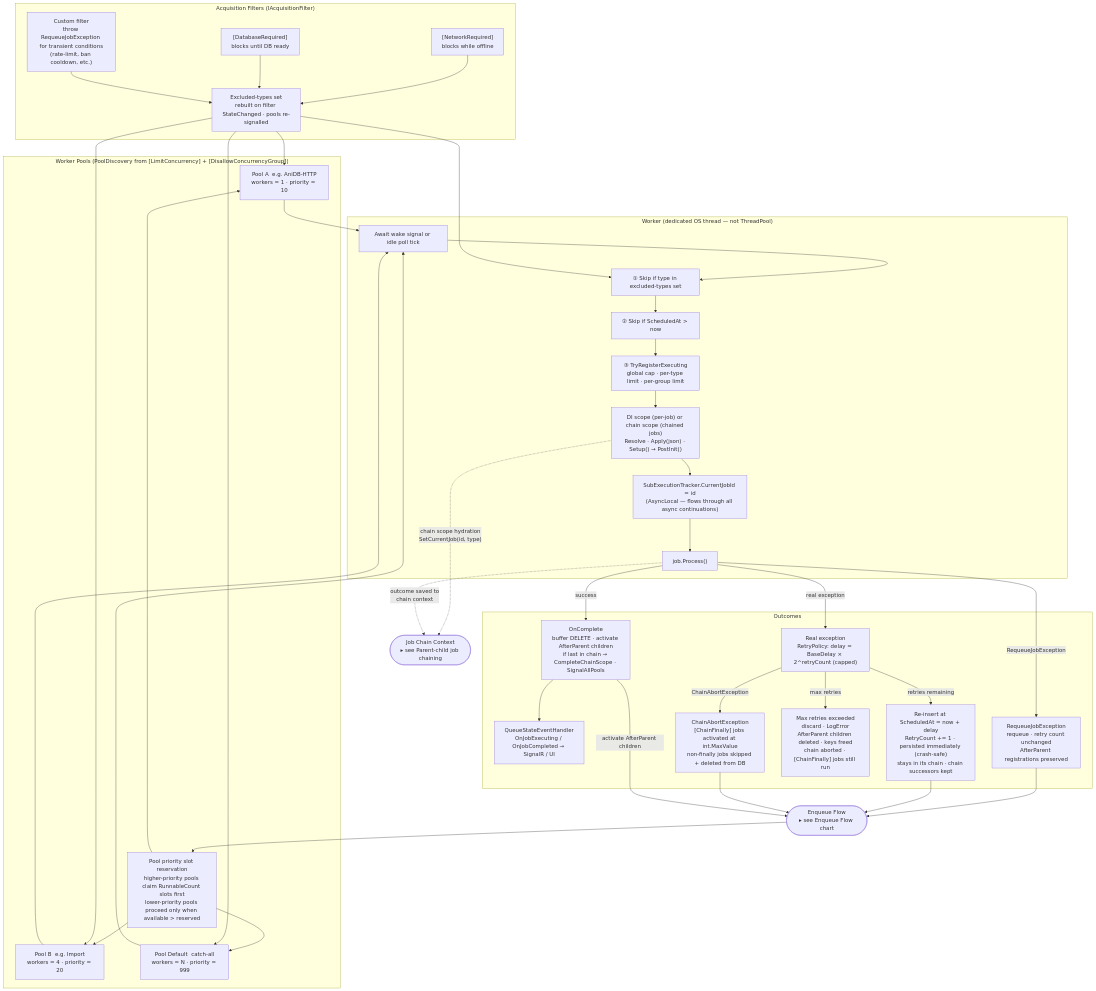
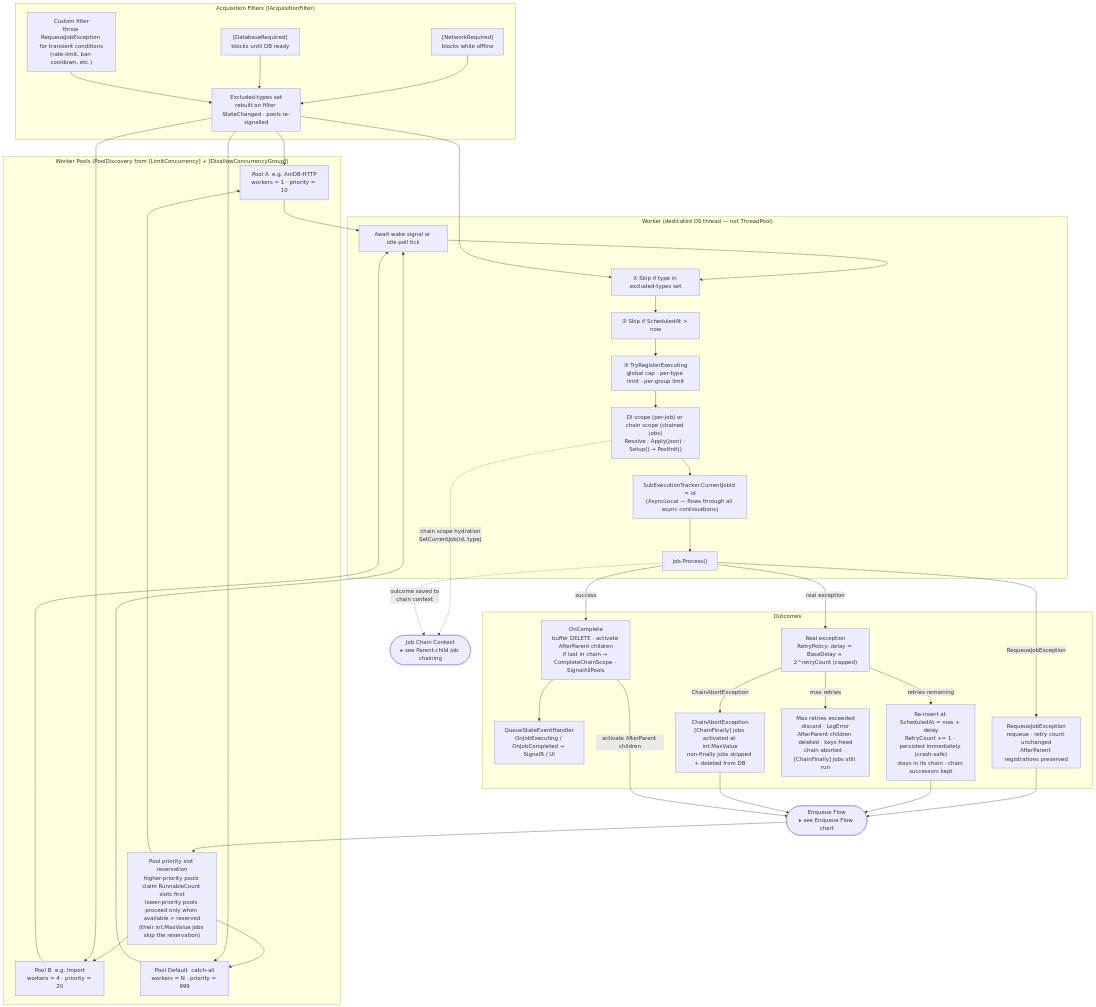
Before and after one commit to ShokoAnime/ShokoServer: the third of 5 diagrams in Shoko.QueueProcessor/README.md, drawn with Mermaid. The commit also changed other lines of this file and 88 other files, not shown here.

First line of the commit message:
feat(queue): rank jobs by priority within their pools

````diff
--- a/Shoko.QueueProcessor/README.md
+++ b/Shoko.QueueProcessor/README.md
@@ -117,55 +117,55 @@
 ```mermaid
 flowchart TD
     subgraph AcqF["Acquisition Filters  (IAcquisitionFilter)"]
         NF["[NetworkRequired]<br/>blocks while offline"]
         DF["[DatabaseRequired]<br/>blocks until DB ready"]
         CF["Custom filter<br/>throw RequeueJobException for transient conditions<br/>(rate-limit, ban cooldown, etc.)"]
         FXS["Excluded-types set<br/>rebuilt on filter StateChanged · pools re-signalled"]
     end
 
     subgraph Pools["Worker Pools  (PoolDiscovery from [LimitConcurrency] + [DisallowConcurrencyGroup])"]
-        PP["Pool priority slot reservation<br/>higher-priority pools claim RunnableCount slots first<br/>lower-priority pools proceed only when available &gt; reserved"]
+        PP["Pool priority slot reservation<br/>higher-priority pools claim RunnableCount slots first<br/>lower-priority pools proceed only when available &gt; reserved<br/>(their int.MaxValue jobs skip the reservation)"]
         PA["Pool A  e.g. AniDB-HTTP<br/>workers = 1 · priority = 10"]
         PB["Pool B  e.g. Import<br/>workers = 4 · priority = 20"]
         PC["Pool Default  catch-all<br/>workers = N · priority = 999"]
     end
 
     subgraph WrkLoop["Worker  (dedicated OS thread — not ThreadPool)"]
         WAKE["Await wake signal or idle poll tick"]
         SFILT["① Skip if type in excluded-types set"]
         SSCHED["② Skip if ScheduledAt &gt; now"]
         CGATE["③ TryRegisterExecuting<br/>global cap · per-type limit · per-group limit"]
         DI["DI scope (per-job) or chain scope (chained jobs)<br/>Resolve · Apply(json) · Setup() → PostInit()"]
         TRCK["SubExecutionTracker.CurrentJobId = id<br/>(AsyncLocal — flows through all async continuations)"]
         PROC["job.Process()"]
     end
 
     subgraph Outcomes["Outcomes"]
         SUCC["OnComplete<br/>buffer DELETE · activate AfterParent children<br/>if last in chain → CompleteChainScope · SignalAllPools"]
         EVTS["QueueStateEventHandler<br/>OnJobExecuting / OnJobCompleted → SignalR / UI"]
         REQX["RequeueJobException<br/>requeue · retry count unchanged<br/>AfterParent registrations preserved"]
         RERR["Real exception<br/>RetryPolicy: delay = BaseDelay × 2^retryCount (capped)"]
         RBACK["Re-insert at ScheduledAt = now + delay<br/>RetryCount += 1 · persisted immediately (crash-safe)<br/>stays in its chain · chain successors kept"]
         RDIS["Max retries exceeded<br/>discard · LogError<br/>AfterParent children deleted · keys freed<br/>chain aborted · [ChainFinally] jobs still run"]
         CABT["ChainAbortException<br/>[ChainFinally] jobs activated at int.MaxValue<br/>non-finally jobs skipped + deleted from DB"]
     end
 
     EFQ(["Enqueue Flow<br/>▸ see Enqueue Flow chart"])
     CCX(["Job Chain Context<br/>▸ see Parent-child job chaining"])
 
     NF & DF & CF --> FXS
     EFQ --> PP --> PA & PB & PC
     FXS --> PA & PB & PC
     PA & PB & PC --> WAKE --> SFILT
     FXS --> SFILT --> SSCHED --> CGATE --> DI
     DI -. "chain scope hydration<br/>SetCurrentJob(id, type)" .-> CCX
     DI --> TRCK --> PROC
     PROC -- "success" --> SUCC --> EVTS
     PROC -. "outcome saved to<br/>chain context" .-> CCX
     PROC -- "RequeueJobException" --> REQX --> EFQ
     PROC -- "real exception" --> RERR
     RERR -- "retries remaining" --> RBACK --> EFQ
     RERR -- "max retries" --> RDIS
     RERR -- "ChainAbortException" --> CABT --> EFQ
     SUCC -- "activate AfterParent children" --> EFQ
 ```
````
